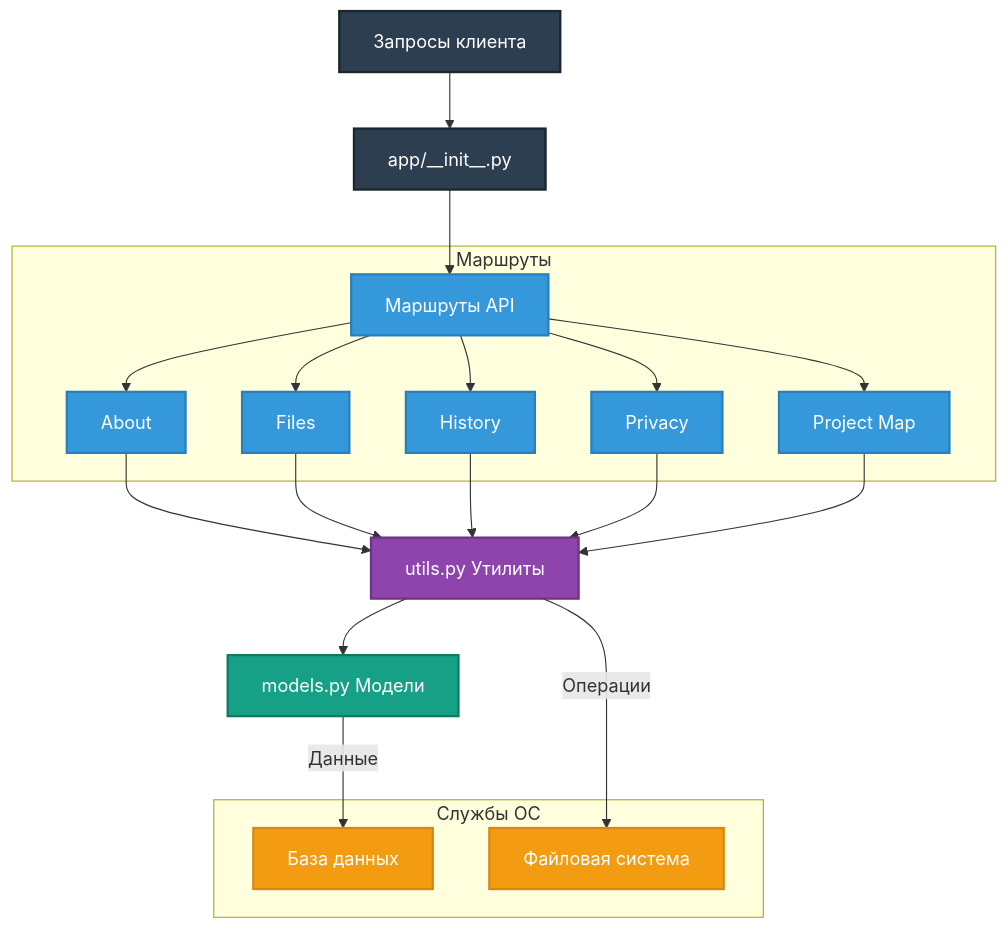
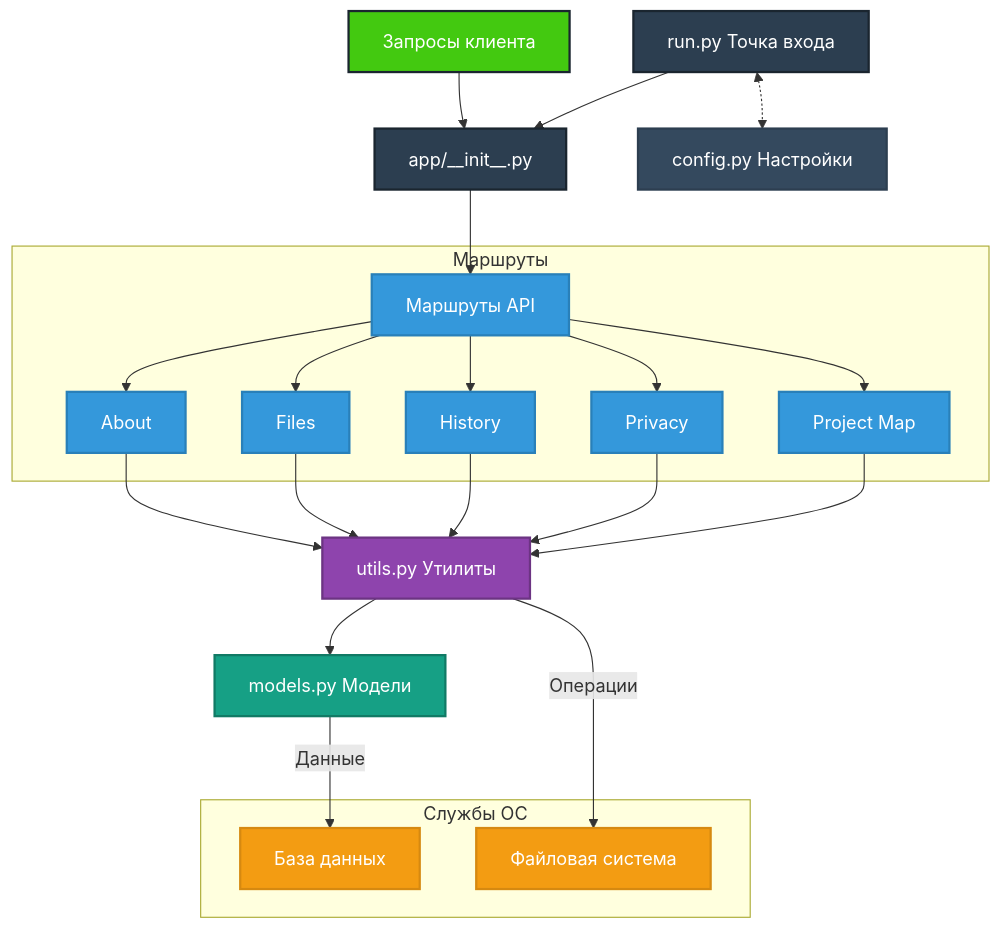
One commit to SkySai1/ProjectArc_back changed the diagram in data/app/README.md. Above: the diagram before and after it, drawn with Mermaid.

Commit message:
Обновлена диаграмма

````diff
--- a/data/app/README.md
+++ b/data/app/README.md
@@ -37,50 +37,57 @@
 ```mermaid
 graph TD
     %% Определение стилей для различных типов узлов
     classDef appStyle fill:#2c3e50, stroke:#1a252f, color:#ffffff, stroke-width:2px;
+    classDef clientStyle fill:#43c910, stroke:#1a252f, color:#ffffff, stroke-width:2px;
     classDef routeStyle fill:#3498db, stroke:#2980b9, color:#ffffff, stroke-width:2px;
     classDef utilStyle fill:#8e44ad, stroke:#6c3483, color:#ffffff, stroke-width:2px;
     classDef modelStyle fill:#16a085, stroke:#117a65, color:#ffffff, stroke-width:2px;
     classDef systemStyle fill:#f39c12, stroke:#d68910, color:#ffffff, stroke-width:2px;
+    classDef configStyle fill:#34495e, stroke:#2c3e50, color:#ffffff, stroke-width:2px;
 
     %% Узлы диаграммы
-    A[Запросы клиента]:::appStyle
+    A[Запросы клиента]:::clientStyle
     B[app/__init__.py]:::appStyle
+    H[run.py Точка входа]:::appStyle
+    I[config.py Настройки]:::configStyle
 
     subgraph Маршруты
         C[Маршруты API]:::routeStyle
         C1[About]:::routeStyle
         C2[Files]:::routeStyle
         C3[History]:::routeStyle
         C4[Privacy]:::routeStyle
         C5[Project Map]:::routeStyle
     end
 
     D[utils.py Утилиты]:::utilStyle
     E[models.py Модели]:::modelStyle
 
     subgraph Службы ОС
         F[База данных]:::systemStyle
         G[Файловая система]:::systemStyle
     end
 
     %% Связи между узлами
     A --> B
     B --> C
     C --> C1
     C --> C2
     C --> C3
     C --> C4
     C --> C5
 
+    H --> B
+    H <-.-> I
+
     C1 --> D
     C2 --> D
     C3 --> D
     C4 --> D
     C5 --> D
 
     D --> E
     E -->|Данные| F
     D -->|Операции| G
 
 ```
````
